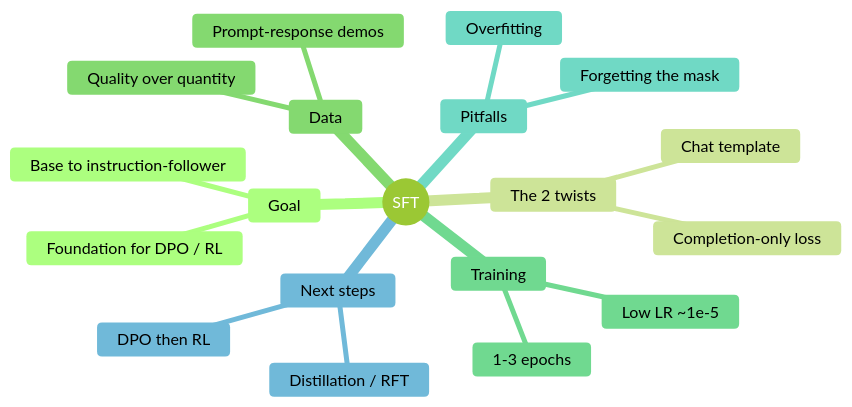
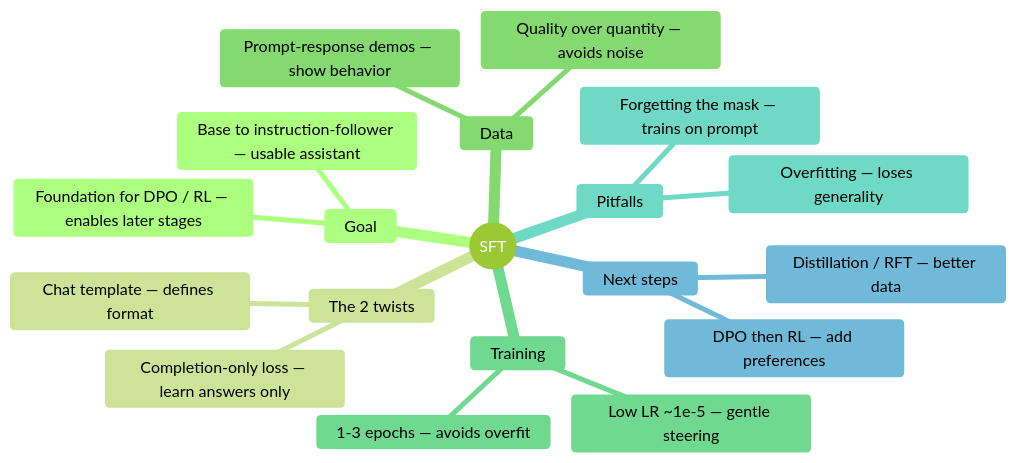
The third of 5 diagrams in SFT_concepts_diagram.md (Raghavan1988/posttraining-dl), drawn with Mermaid (forest theme) before and after one commit. The commit also changed other lines of this file, not shown here.

Commit message:
Add short why-reason to each mindmap node

````diff
--- a/SFT_concepts_diagram.md
+++ b/SFT_concepts_diagram.md
@@ -62,22 +62,22 @@
 ```mermaid
 mindmap
   root((SFT))
     Goal
-      Base to instruction-follower
-      Foundation for DPO / RL
+      Base to instruction-follower — usable assistant
+      Foundation for DPO / RL — enables later stages
     The 2 twists
-      Chat template
-      Completion-only loss
+      Chat template — defines format
+      Completion-only loss — learn answers only
     Data
-      Prompt-response demos
-      Quality over quantity
+      Prompt-response demos — show behavior
+      Quality over quantity — avoids noise
     Training
-      Low LR ~1e-5
-      1-3 epochs
+      Low LR ~1e-5 — gentle steering
+      1-3 epochs — avoids overfit
     Pitfalls
-      Forgetting the mask
-      Overfitting
+      Forgetting the mask — trains on prompt
+      Overfitting — loses generality
     Next steps
-      Distillation / RFT
-      DPO then RL
+      Distillation / RFT — better data
+      DPO then RL — add preferences
 ```
````
